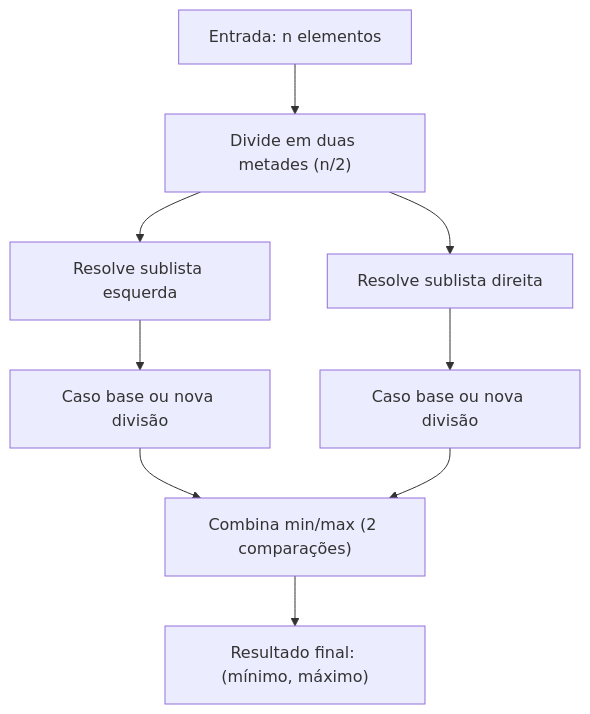
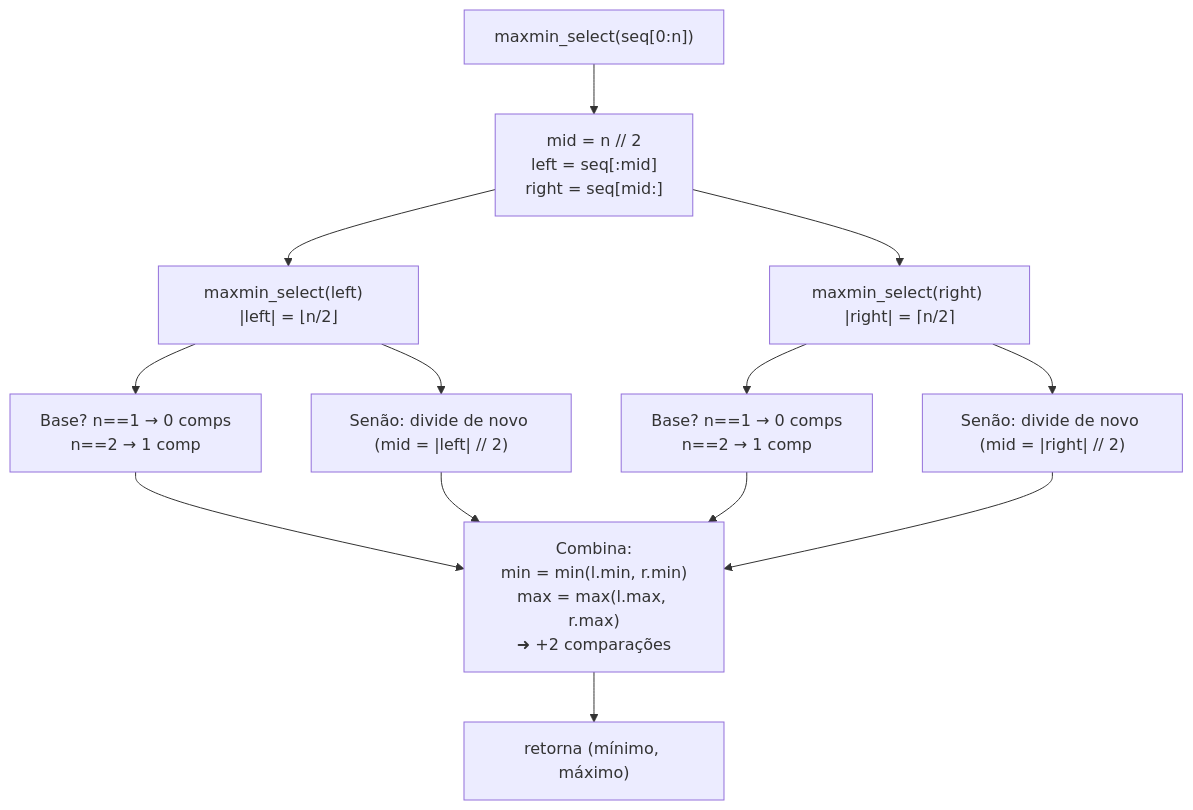
The first of 2 diagrams in README.md (gscantoni/FPAA-Trabalho-Individual-2-MaxMinSelect), drawn with Mermaid before and after one commit. The commit also changed other lines of this file and 1 other file, not shown here.

````diff
--- a/README.md
+++ b/README.md
@@ -135,11 +48,27 @@
 ```mermaid
 flowchart TD
-    A["Entrada: n elementos"] --> B1["Divide em duas metades (n/2)"]
-    B1 --> C1["Resolve sublista esquerda"]
-    B1 --> C2["Resolve sublista direita"]
-    C1 --> D1["Caso base ou nova divisão"]
-    C2 --> D2["Caso base ou nova divisão"]
-    D1 --> E["Combina min/max (2 comparações)"]
-    D2 --> E
-    E --> F["Resultado final: (mínimo, máximo)"]
+    A["maxmin_select(seq[0:n])"] --> B["mid = n // 2
+left = seq[:mid]
+right = seq[mid:]"]
+    B --> C["maxmin_select(left)  |left| = ⌊n/2⌋"]
+    B --> D["maxmin_select(right) |right| = ⌈n/2⌉"]
+
+    %% esquerda
+    C --> Cb["Base?  n==1 → 0 comps
+n==2 → 1 comp"]
+    C --> Crec["Senão: divide de novo (mid = |left| // 2)"]
+
+    %% direita
+    D --> Db["Base?  n==1 → 0 comps
+n==2 → 1 comp"]
+    D --> Drec["Senão: divide de novo (mid = |right| // 2)"]
+
+    Cb --> E["Combina:
+min = min(l.min, r.min)
+max = max(l.max, r.max)
+➜ +2 comparações"]
+    Db --> E
+    Crec --> E
+    Drec --> E
+    E --> F["retorna (mínimo, máximo)"]
 ```
````
